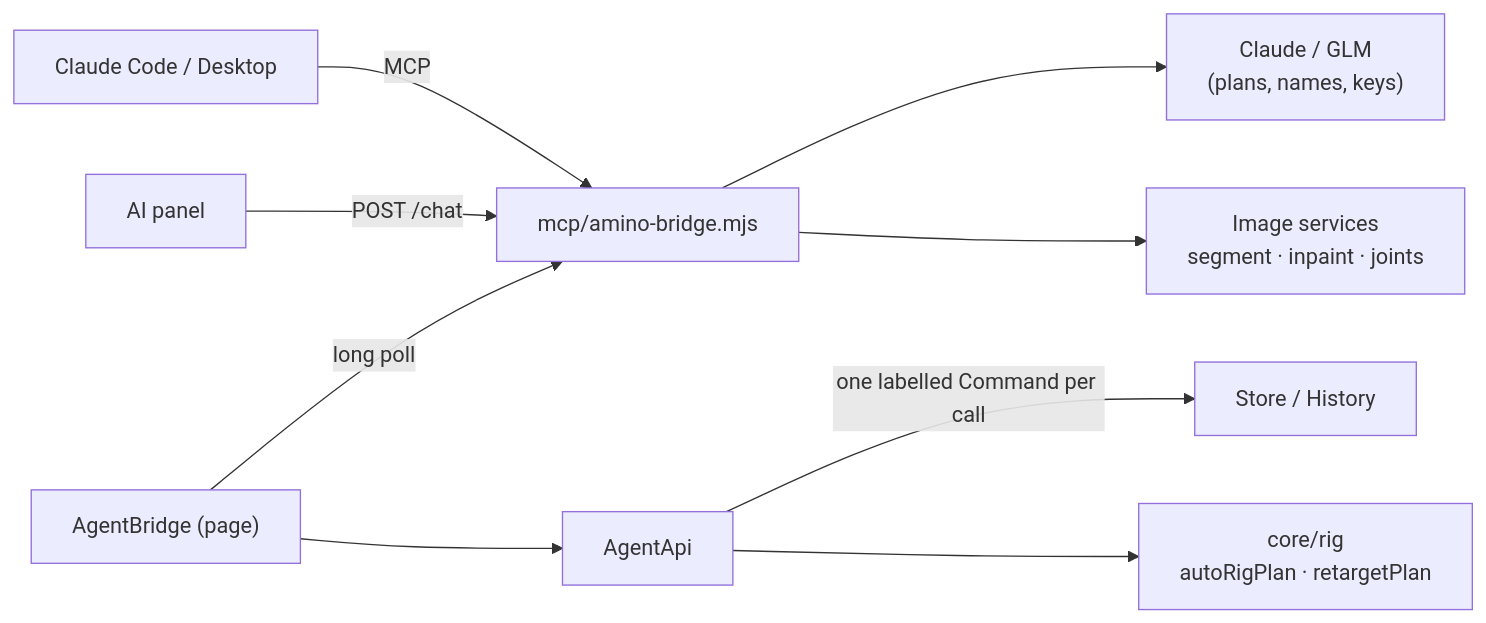
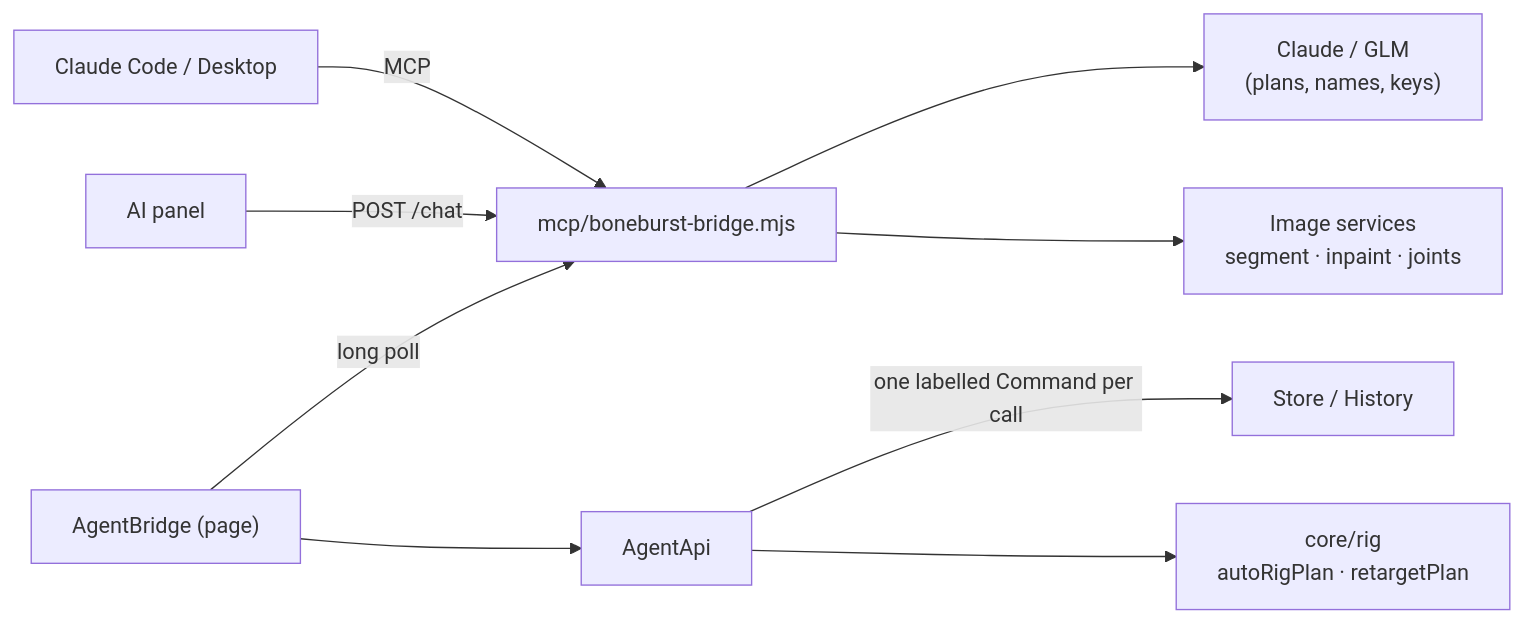
Before and after one commit to 12pnp/M0-Animation-2D: the diagram in docs/AI-RIG-PLAN.md, drawn with Mermaid. The commit also changed other lines of this file and 21 other files, not shown here.

Commit message:
The app is BoneBurst: title, About, docs, and the AI bridge (boneburst-bridge.mjs, BONEBURST_* with AMINO_* still read, ~/.boneburst-bridge.json)

````diff
--- a/docs/AI-RIG-PLAN.md
+++ b/docs/AI-RIG-PLAN.md
@@ -43,11 +43,11 @@
 ```mermaid
 flowchart LR
-    CC["Claude Code / Desktop"] -->|MCP| BR["mcp/amino-bridge.mjs"]
+    CC["Claude Code / Desktop"] -->|MCP| BR["mcp/boneburst-bridge.mjs"]
     ASK["AI panel"] -->|"POST /chat"| BR
     BR --> LLM["Claude / GLM<br/>(plans, names, keys)"]
     BR --> IMG["Image services<br/>segment · inpaint · joints"]
     PAGE["AgentBridge (page)"] -->|long poll| BR
     PAGE --> API["AgentApi"]
     API -->|"one labelled Command per call"| ST["Store / History"]
     API --> PURE["core/rig<br/>autoRigPlan · retargetPlan"]
 ```
````
